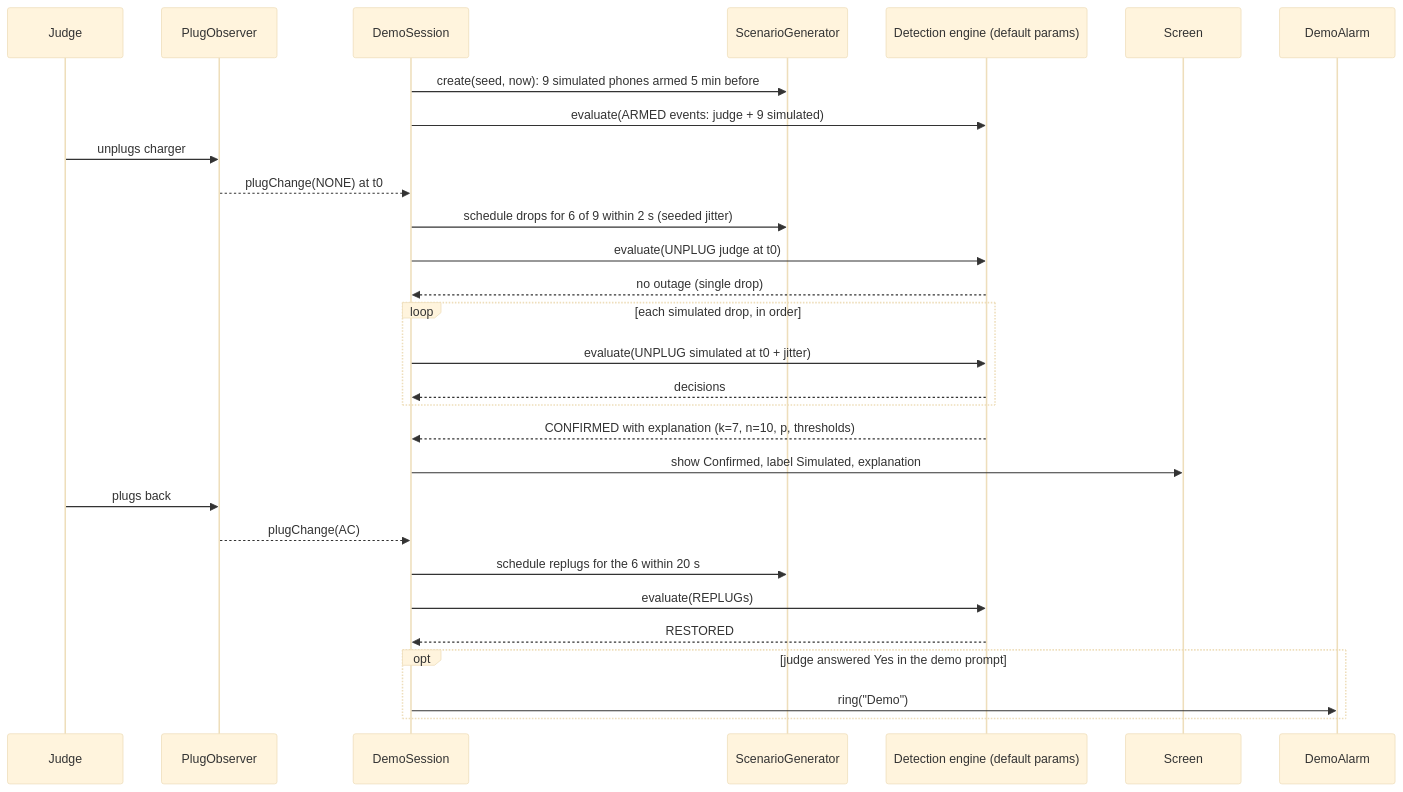
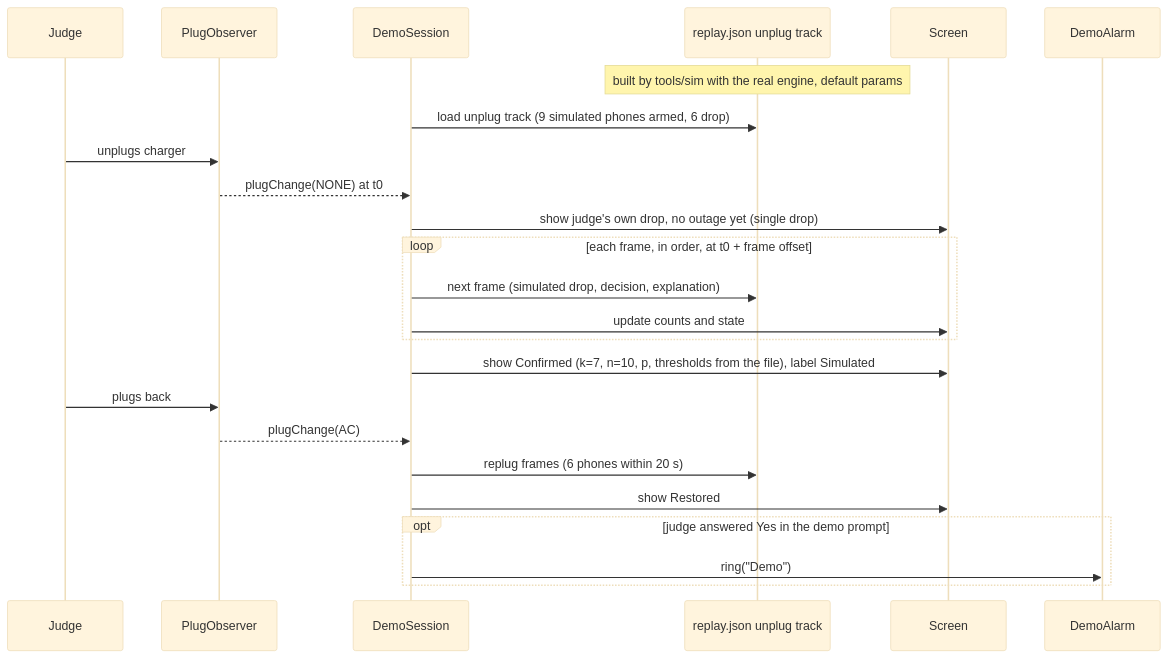
One commit to 3akare/outage changed the second of 3 diagrams in .kiro/specs/demo-mode/design.md. Above: the diagram before and after it, drawn with Mermaid (base theme). The commit also changed other lines of this file and 108 other files, not shown here.

````diff
--- a/.kiro/specs/demo-mode/design.md
+++ b/.kiro/specs/demo-mode/design.md
@@ -45,30 +47,25 @@
 ```mermaid
 sequenceDiagram
     participant J as Judge
     participant PO as PlugObserver
     participant DS as DemoSession
-    participant SG as ScenarioGenerator
-    participant E as Detection engine (default params)
+    participant RF as replay.json unplug track
     participant UI as Screen
-    DS->>SG: create(seed, now): 9 simulated phones armed 5 min before
-    DS->>E: evaluate(ARMED events: judge + 9 simulated)
+    Note over RF: built by tools/sim with the real engine, default params
+    DS->>RF: load unplug track (9 simulated phones armed, 6 drop)
     J->>PO: unplugs charger
     PO-->>DS: plugChange(NONE) at t0
-    DS->>SG: schedule drops for 6 of 9 within 2 s (seeded jitter)
-    DS->>E: evaluate(UNPLUG judge at t0)
-    E-->>DS: no outage (single drop)
-    loop each simulated drop, in order
-        DS->>E: evaluate(UNPLUG simulated at t0 + jitter)
-        E-->>DS: decisions
+    DS->>UI: show judge's own drop, no outage yet (single drop)
+    loop each frame, in order, at t0 + frame offset
+        DS->>RF: next frame (simulated drop, decision, explanation)
+        DS->>UI: update counts and state
     end
-    E-->>DS: CONFIRMED with explanation (k=7, n=10, p, thresholds)
-    DS->>UI: show Confirmed, label Simulated, explanation
+    DS->>UI: show Confirmed (k=7, n=10, p, thresholds from the file), label Simulated
     J->>PO: plugs back
     PO-->>DS: plugChange(AC)
-    DS->>SG: schedule replugs for the 6 within 20 s
-    DS->>E: evaluate(REPLUGs)
-    E-->>DS: RESTORED
+    DS->>RF: replug frames (6 phones within 20 s)
+    DS->>UI: show Restored
     opt judge answered Yes in the demo prompt
         DS->>DemoAlarm: ring("Demo")
     end
 ```
````
